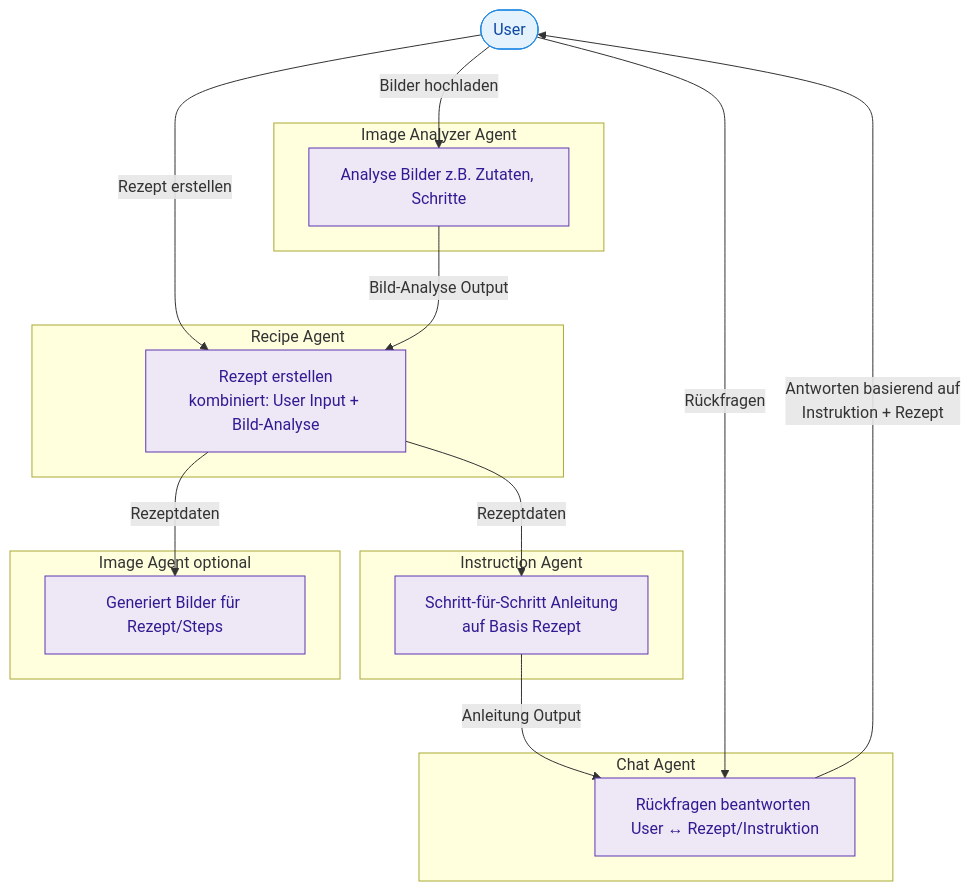
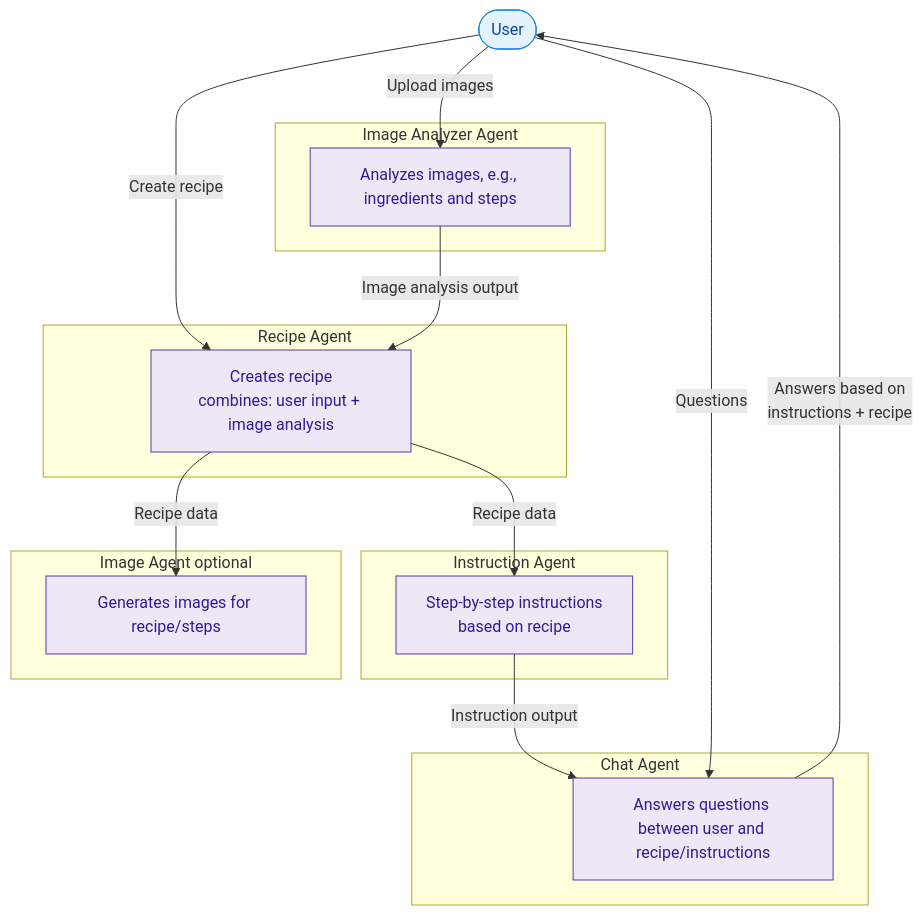
The diagram in docs/cloud_architecture/6/chart.mermaid (M4RKUS28/Piatto), drawn with Mermaid before and after one commit. The commit also changed 3 other files, not shown here.

```diff
--- a/docs/cloud_architecture/6/chart.mermaid
+++ b/docs/cloud_architecture/6/chart.mermaid
@@ -1,49 +1,49 @@
 flowchart TD
 
 %% User
 USER([User]):::user
 
 %% Agents
 subgraph A1[Image Analyzer Agent]
-    IMG_ANALYZE[Analyse Bilder z.B. Zutaten, Schritte]
+    IMG_ANALYZE[Analyzes images, e.g., ingredients and steps]
 end
 
 subgraph A2[Recipe Agent]
-    RECIPE[Rezept erstellen\nkombiniert: User Input + Bild-Analyse]
+    RECIPE[Creates recipe\ncombines: user input + image analysis]
 end
 
 subgraph A3[Instruction Agent]
-    INSTR[Schritt-für-Schritt Anleitung\nauf Basis Rezept]
+    INSTR[Step-by-step instructions\nbased on recipe]
 end
 
 subgraph A4[Image Agent optional]
-    IMG_AGENT[Generiert Bilder für Rezept/Steps]
+    IMG_AGENT[Generates images for recipe/steps]
 end
 
 subgraph A5[Chat Agent]
-    CHAT[Rückfragen beantworten User ↔ Rezept/Instruktion]
+    CHAT[Answers questions between user and recipe/instructions]
 end
 
 %% User → Recipe creation
-USER -->|Rezept erstellen| RECIPE
+USER -->|Create recipe| RECIPE
 
 %% Optional Images
-USER -->|Bilder hochladen| IMG_ANALYZE
-IMG_ANALYZE -->|Bild-Analyse Output| RECIPE
+USER -->|Upload images| IMG_ANALYZE
+IMG_ANALYZE -->|Image analysis output| RECIPE
 
 %% Recipe Agent produziert zwei Outputs
-RECIPE -->|Rezeptdaten| INSTR
-RECIPE -->|Rezeptdaten| IMG_AGENT
+RECIPE -->|Recipe data| INSTR
+RECIPE -->|Recipe data| IMG_AGENT
 
 %% Instruction Agent
-INSTR -->|Anleitung Output| CHAT
+INSTR -->|Instruction output| CHAT
 
 %% Chat Agent
-USER -->|Rückfragen| CHAT
-CHAT -->|Antworten basierend auf\nInstruktion + Rezept| USER
+USER -->|Questions| CHAT
+CHAT -->|Answers based on\ninstructions + recipe| USER
 
 %% Styling
 classDef user fill:#e3f2fd,stroke:#1e88e5,color:#0d47a1;
 classDef agent fill:#ede7f6,stroke:#5e35b1,color:#311b92;
 
 class IMG_ANALYZE,RECIPE,INSTR,IMG_AGENT,CHAT agent;
```
